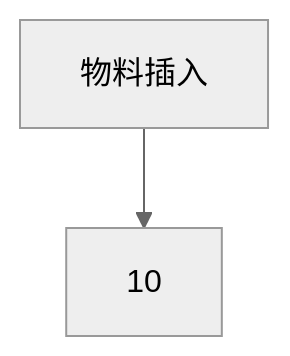
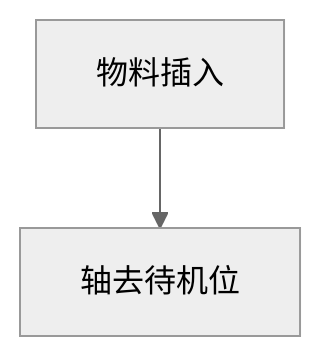
One commit to zmq000/iodraw-files changed the diagram in all/VR-OP90物料插入.md. Above: the diagram before and after it, drawn with Mermaid (neutral theme).

Commit message:
2026-06-18 11:11:51 update

````diff
--- a/all/VR-OP90物料插入.md
+++ b/all/VR-OP90物料插入.md
@@ -1,6 +1,6 @@
 ```mermaid
 graph TD
 0[物料插入]-->10
-
+10[轴去待机位]
   
 ```
````
